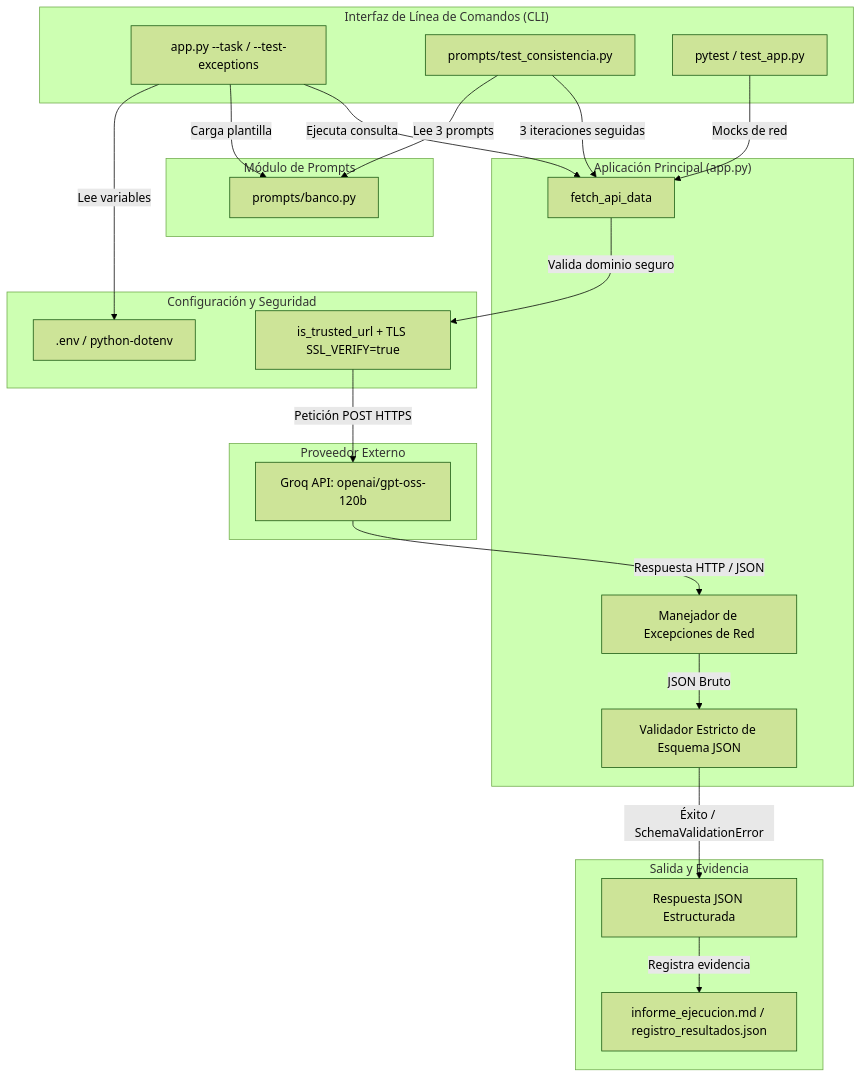
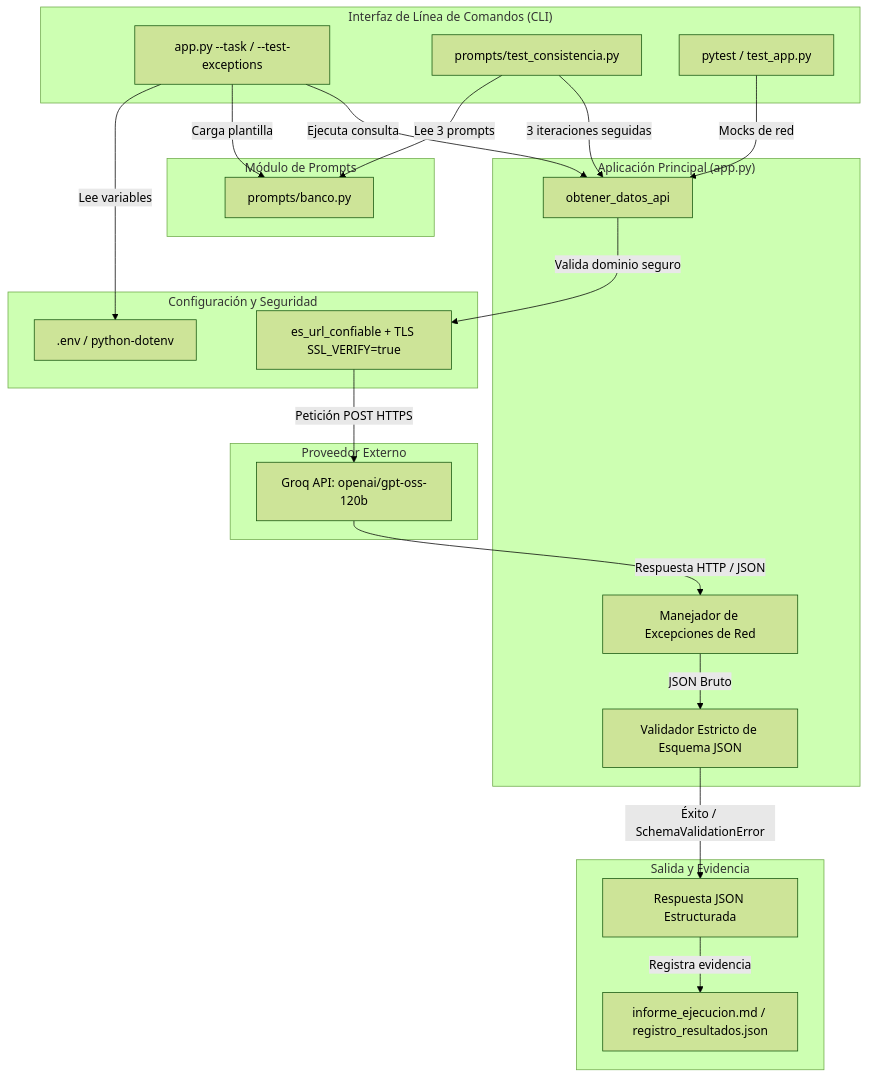
Before and after one commit to cfpdiaz/practicas_de_git: the first of 2 diagrams in README.md, drawn with Mermaid (forest theme). The commit also changed other lines of this file and 13 other files, not shown here.

````diff
--- a/README.md
+++ b/README.md
@@ -112,49 +112,49 @@
 ```mermaid
 flowchart TD
     subgraph Entrada ["Interfaz de Línea de Comandos (CLI)"]
         CLI["app.py --task / --test-exceptions"]
         CONSISTENCY["prompts/test_consistencia.py"]
         TESTS["pytest / test_app.py"]
     end
 
     subgraph Config ["Configuración y Seguridad"]
         ENV[".env / python-dotenv"]
-        SEC["is_trusted_url + TLS SSL_VERIFY=true"]
+        SEC["es_url_confiable + TLS SSL_VERIFY=true"]
     end
 
     subgraph Prompts ["Módulo de Prompts"]
         BANK["prompts/banco.py"]
     end
 
     subgraph Core ["Aplicación Principal (app.py)"]
-        FETCH["fetch_api_data"]
+        FETCH["obtener_datos_api"]
         EX_HAND["Manejador de Excepciones de Red"]
         SCHEMA["Validador Estricto de Esquema JSON"]
     end
 
     subgraph External ["Proveedor Externo"]
         GROQ["Groq API: openai/gpt-oss-120b"]
     end
 
     subgraph Output ["Salida y Evidencia"]
         JSON_OUT["Respuesta JSON Estructurada"]
         REPORT["informe_ejecucion.md / registro_resultados.json"]
     end
 
     CLI -->|Lee variables| ENV
     CLI -->|Carga plantilla| BANK
     CONSISTENCY -->|Lee 3 prompts| BANK
     TESTS -->|Mocks de red| FETCH
 
     CLI -->|Ejecuta consulta| FETCH
     CONSISTENCY -->|3 iteraciones seguidas| FETCH
 
     FETCH -->|Valida dominio seguro| SEC
     SEC -->|Petición POST HTTPS| GROQ
 
     GROQ -->|Respuesta HTTP / JSON| EX_HAND
     EX_HAND -->|JSON Bruto| SCHEMA
 
     SCHEMA -->|Éxito / SchemaValidationError| JSON_OUT
     JSON_OUT -->|Registra evidencia| REPORT
 ```
````
